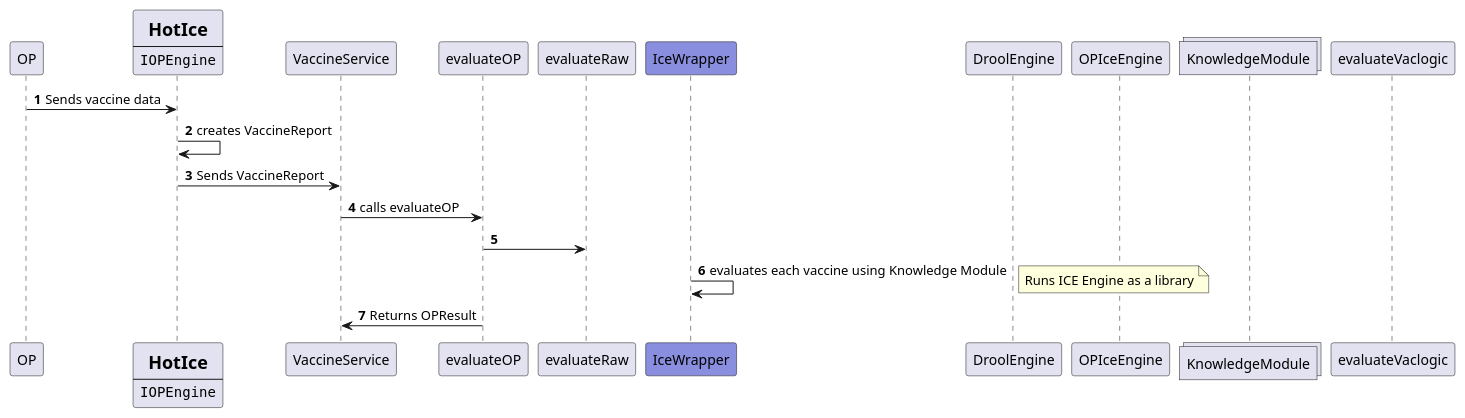
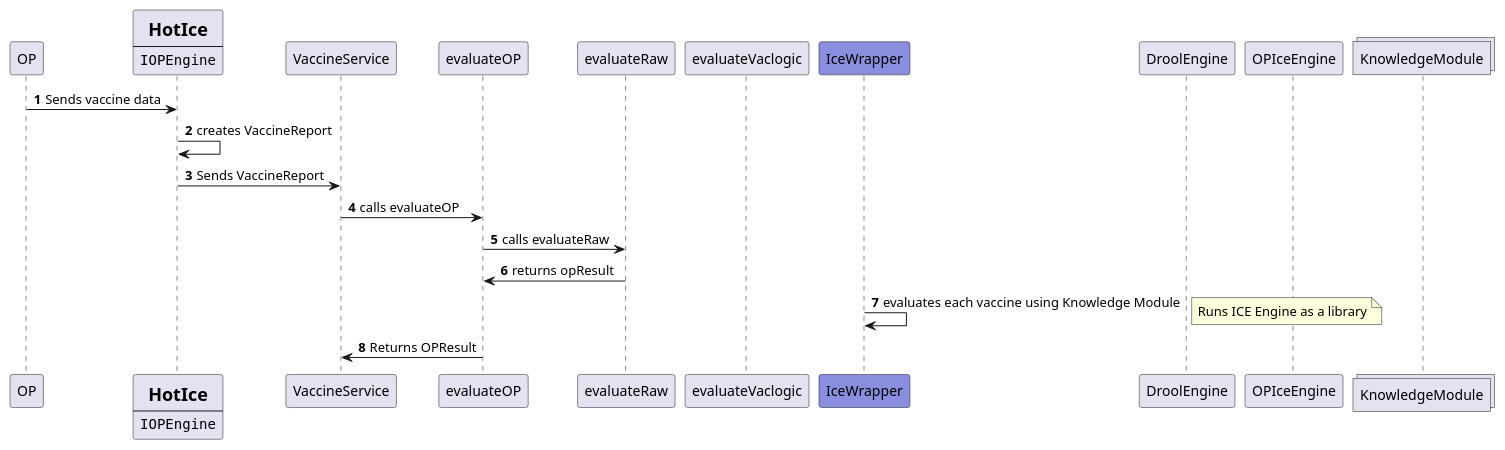
Before and after one commit to marco-opcontractor/ice-wrapper: the diagram in src/main/resources/Vaclogic+.puml, drawn with PlantUML. The commit also changed 309 other files, not shown here.

```diff
--- a/src/main/resources/Vaclogic+.puml
+++ b/src/main/resources/Vaclogic+.puml
@@ -1,42 +1,44 @@
 @startuml
 'https://plantuml.com/sequence-diagram
 
 participant OP
 
 
 participant HotIce [
                        =HotIce
                        ----
                        ""IOPEngine""
                    ]
 participant VaccineService
 participant evaluateOP
 participant evaluateRaw
+participant evaluateVaclogic
 participant IceWrapper #898EDE
 participant DroolEngine
 participant OPIceEngine
 collections KnowledgeModule
 
 
-participant evaluateVaclogic
+
 
 autonumber
 
 OP -> HotIce: Sends vaccine data
 
 HotIce -> HotIce: creates VaccineReport
 HotIce -> VaccineService: Sends VaccineReport
 VaccineService -> evaluateOP: calls evaluateOP
-evaluateOP -> evaluateRaw
+evaluateOP -> evaluateRaw: calls evaluateRaw
+evaluateRaw -> evaluateOP: returns opResult
 IceWrapper -> IceWrapper: evaluates each vaccine using Knowledge Module
 note right
   Runs ICE Engine as a library
 endnote
 evaluateOP -> VaccineService: Returns OPResult
 
 
 
 
 
 
 @enduml
```
